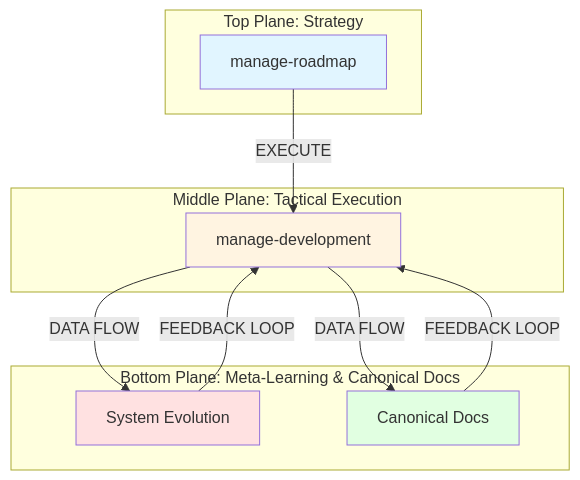
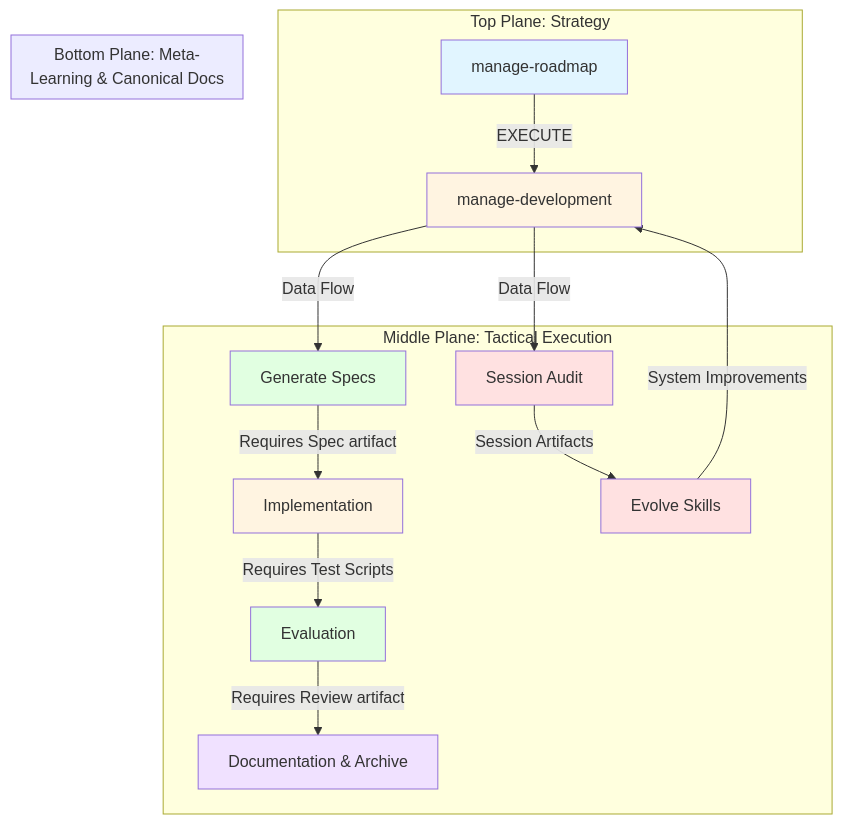
The first of 6 diagrams in README.md (bparlan/omp-agent), drawn with Mermaid before and after one commit. The commit also changed other lines of this file and 119 other files, not shown here.

Commit message:
refactor: isolate OMP AEF architecture and establish folder as root repository

````diff
--- a/README.md
+++ b/README.md
@@ -93,25 +123,36 @@
 ```mermaid
 graph TD
     subgraph "Top Plane: Strategy"
         A[manage-roadmap]
-    end
-    subgraph "Middle Plane: Tactical Execution"
-        B[manage-development]
-    end
-    subgraph "Bottom Plane: Meta-Learning & Canonical Docs"
-        C[System Evolution]
-        D[Canonical Docs]
+        A -->|EXECUTE| B[manage-development]
     end
 
-    A -->|EXECUTE| B
-    B -->|DATA FLOW| C
-    B -->|DATA FLOW| D
-    C -->|FEEDBACK LOOP| B
-    D -->|FEEDBACK LOOP| B
+    subgraph "Middle Plane: Tactical Execution"
+        B -->|Data Flow| C[Session Audit]
+        B -->|Data Flow| D[Generate Specs]
+        D -->|Requires Spec artifact| E[Implementation]
+        E -->|Requires Test Scripts| F[Evaluation]
+        F -->|Requires Review artifact| G[Documentation & Archive]
+        C -->|Session Artifacts| H[Evolve Skills]
+        H -->|System Improvements| B
+    end
+
+    subgraph "Bottom Plane: Meta-Learning & Canonical Docs"
+        C[Session Audit]
+        D[Generate Specs]
+        E[Implementation]
+        F[Evaluation]
+        G[Documentation & Archive]
+        H[Evolve Skills]
+    end
 
     %% Styles
     style A fill:#e1f5ff
     style B fill:#fff4e1
     style C fill:#ffe1e1
     style D fill:#e1ffe1
+    style E fill:#fff4e1
+    style F fill:#e1ffe1
+    style G fill:#f0e1ff
+    style H fill:#ffe1e1
 ```
````
